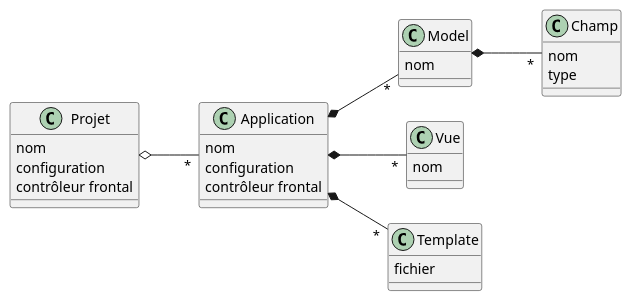
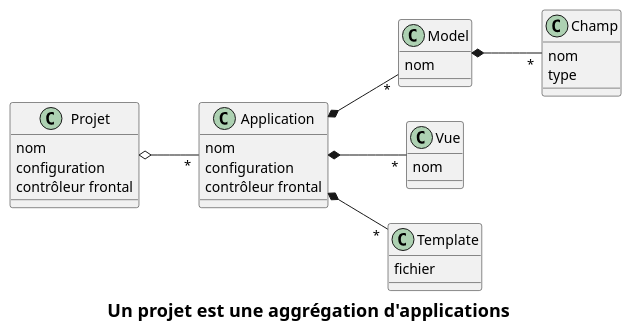
One commit to tavenel/website changed the diagram in src/pages/cours/python/django/django-cours.md. Above: the diagram before and after it, drawn with PlantUML. The commit also changed other lines of this file and 22 other files, not shown here.

Commit message:
astro: plantuml and cleanup all diagrams

````diff
--- a/src/pages/cours/python/django/django-cours.md
+++ b/src/pages/cours/python/django/django-cours.md
@@ -114,29 +113,34 @@
 ```plantuml
 @startuml
+
+caption
+= Un projet est une aggrégation d'applications
+endcaption
+
 left to right direction
 
 class Projet {
   nom
   configuration
   contrôleur frontal
 }
 class Application {
   nom
   configuration
   contrôleur frontal
 }
 Model : nom
 Vue : nom
 Template : fichier
 class Champ {
   nom
   type
 }
 
 Projet o-- "*" Application
 Application *-- "*" Model
 Application *-- "*" Vue
 Application *-- "*" Template
 Model *-- "*" Champ
 @enduml
 ```
````
